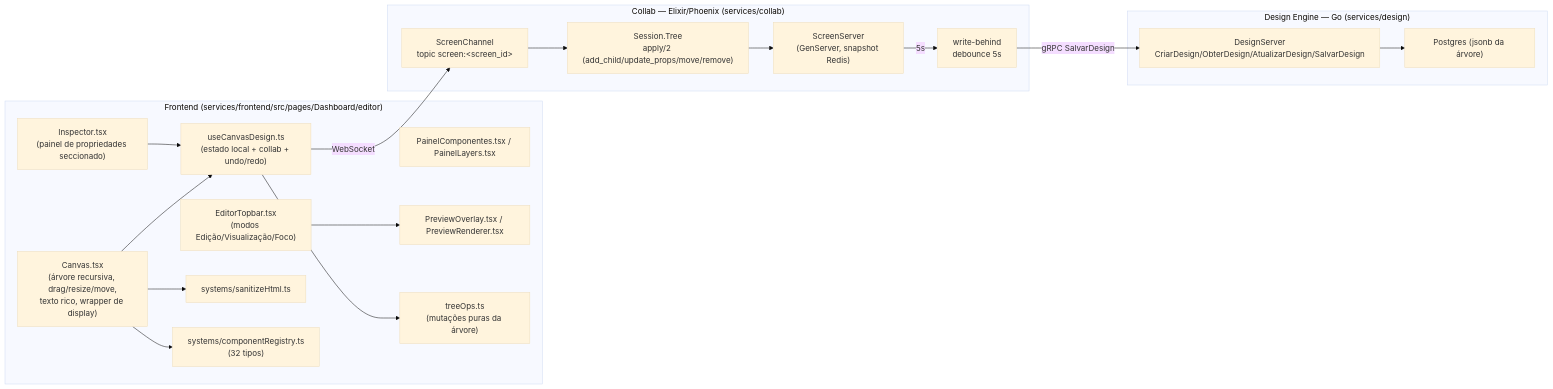
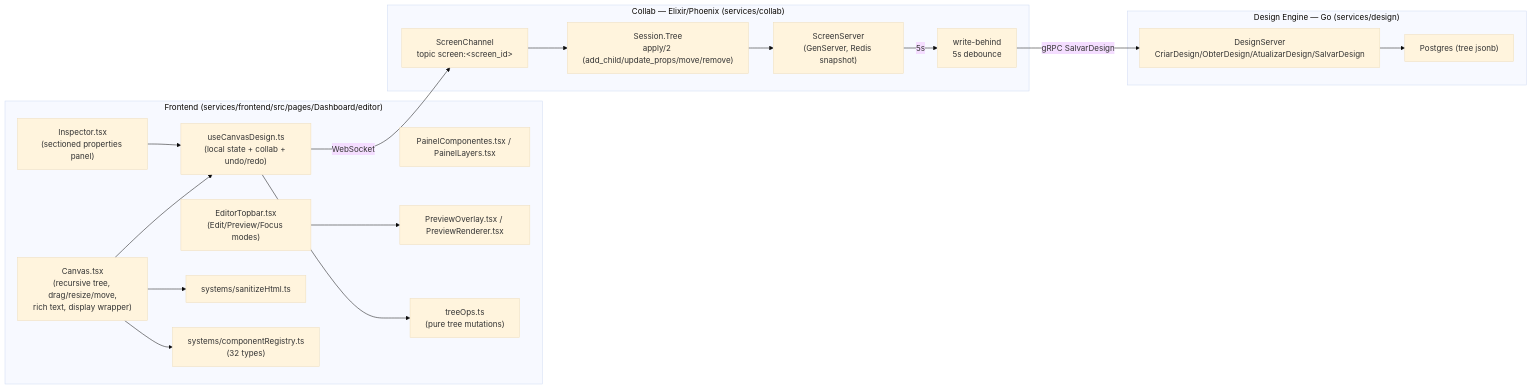
One commit to GiovaniRodrigo/arquitetura-mach-saas-nocode changed the diagram in specs/007-editor-visual-canvas/plan.md. Above: the diagram before and after it, drawn with Mermaid (base theme). The commit also changed other lines of this file and 86 other files, not shown here.

````diff
--- a/specs/007-editor-visual-canvas/plan.md
+++ b/specs/007-editor-visual-canvas/plan.md
@@ -11,39 +11,39 @@
 ```mermaid
 flowchart LR
   subgraph FE["Frontend (services/frontend/src/pages/Dashboard/editor)"]
-    Canvas["Canvas.tsx\n(árvore recursiva, drag/resize/move,\ntexto rico, wrapper de display)"]
-    Inspector["Inspector.tsx\n(painel de propriedades seccionado)"]
+    Canvas["Canvas.tsx\n(recursive tree, drag/resize/move,\nrich text, display wrapper)"]
+    Inspector["Inspector.tsx\n(sectioned properties panel)"]
     Paleta["PainelComponentes.tsx / PainelLayers.tsx"]
-    Topbar["EditorTopbar.tsx\n(modos Edição/Visualização/Foco)"]
+    Topbar["EditorTopbar.tsx\n(Edit/Preview/Focus modes)"]
     Preview["PreviewOverlay.tsx / PreviewRenderer.tsx"]
-    Hook["useCanvasDesign.ts\n(estado local + collab + undo/redo)"]
-    Ops["treeOps.ts\n(mutações puras da árvore)"]
+    Hook["useCanvasDesign.ts\n(local state + collab + undo/redo)"]
+    Ops["treeOps.ts\n(pure tree mutations)"]
     Sanit["systems/sanitizeHtml.ts"]
-    Registry["systems/componentRegistry.ts\n(32 tipos)"]
+    Registry["systems/componentRegistry.ts\n(32 types)"]
   end
 
   subgraph Collab["Collab — Elixir/Phoenix (services/collab)"]
     Channel["ScreenChannel\ntopic screen:&lt;screen_id&gt;"]
     Tree["Session.Tree\napply/2 (add_child/update_props/move/remove)"]
-    Server["ScreenServer\n(GenServer, snapshot Redis)"]
-    Flush["write-behind\ndebounce 5s"]
+    Server["ScreenServer\n(GenServer, Redis snapshot)"]
+    Flush["write-behind\n5s debounce"]
   end
 
   subgraph Design["Design Engine — Go (services/design)"]
     Grpc["DesignServer\nCriarDesign/ObterDesign/AtualizarDesign/SalvarDesign"]
-    Store["Postgres (jsonb da árvore)"]
+    Store["Postgres (tree jsonb)"]
   end
 
   Canvas --> Hook
   Inspector --> Hook
   Hook --> Ops
   Hook -- WebSocket --> Channel
   Channel --> Tree
   Tree --> Server
   Server -- 5s --> Flush
   Flush -- gRPC SalvarDesign --> Grpc
   Grpc --> Store
   Canvas --> Sanit
   Canvas --> Registry
   Topbar --> Preview
 ```
````
